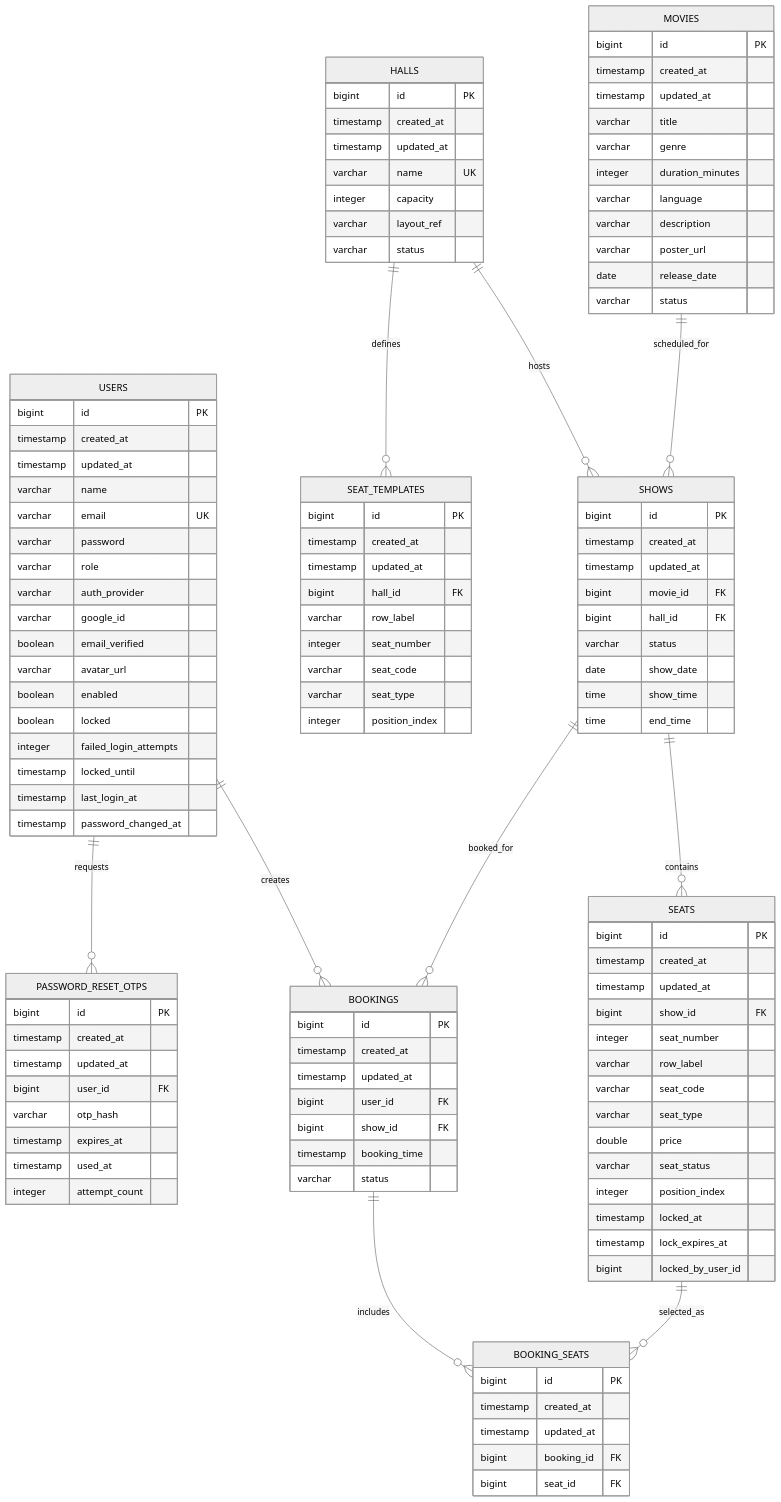
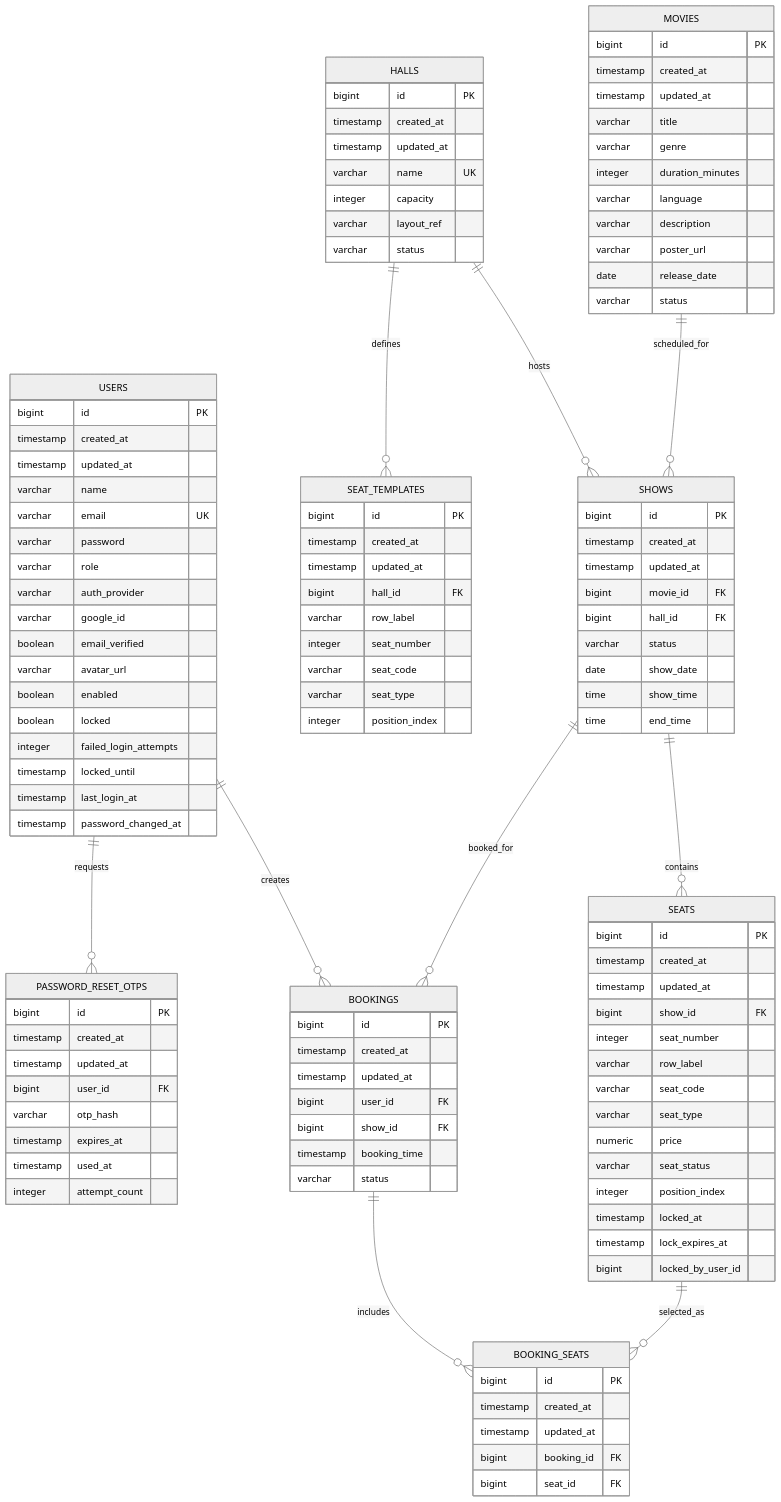
One commit to yuneshbyte01/hamro-chalchitraghar-backend changed the diagram in docs/DATABASE.md. Above: the diagram before and after it, drawn with Mermaid (neutral theme). The commit also changed other lines of this file and 5 other files, not shown here.

Commit message:
fix(db): align seat price schema with BigDecimal mapping

```diff
--- a/docs/DATABASE.md
+++ b/docs/DATABASE.md
@@ -118,7 +118,7 @@
         varchar row_label
         varchar seat_code
         varchar seat_type
-        double price
+        numeric price
         varchar seat_status
         integer position_index
         timestamp locked_at
```
